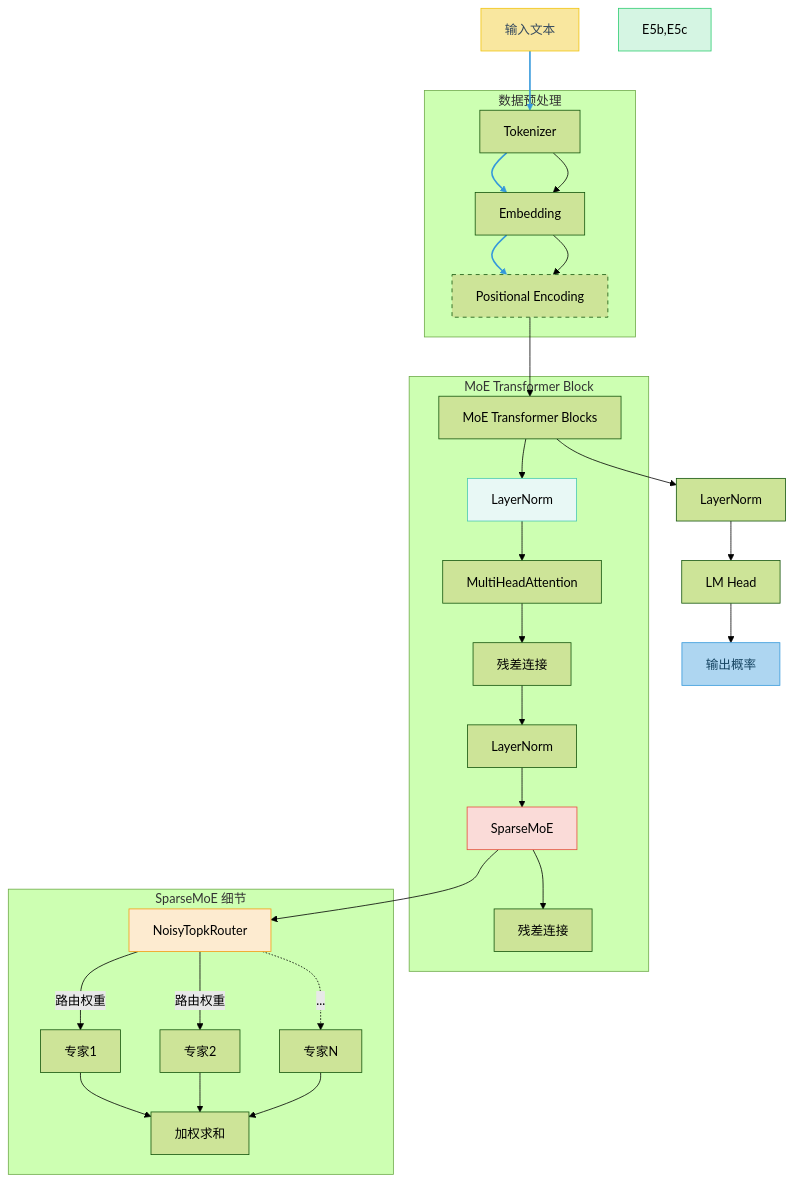
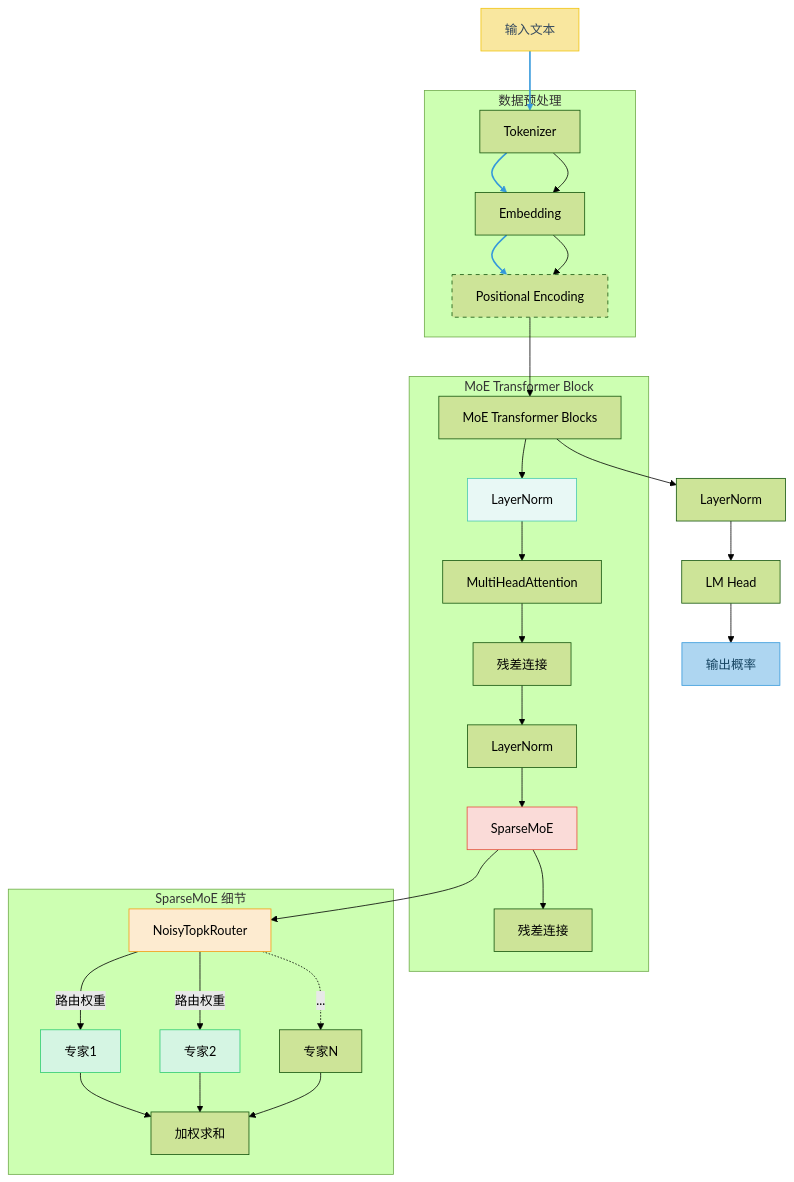
The diagram in all/未命名-2.md (runningto/iodraw-files), drawn with Mermaid (forest theme) before and after one commit.

Commit message:
2025-03-29 16:44:35 update

````diff
--- a/all/未命名-2.md
+++ b/all/未命名-2.md
@@ -1,47 +1,47 @@
 ```mermaid
 graph TD
     A[输入文本] --> B[Tokenizer]
     B --> C[Embedding]
     C --> D[Positional Encoding]
     D --> E[MoE Transformer Blocks]
     E --> F[LayerNorm]
     F --> G[LM Head]
     G --> H[输出概率]
 
     style A fill:#F9E79F,stroke:#F1C40F,color:#34495E
     style H fill:#AED6F1,stroke:#3498DB,color:#154360
 
     subgraph "数据预处理"
         B --> C
         C --> D
         style D stroke-dasharray: 5 5
     end
 
     subgraph "MoE Transformer Block"
         E --> E1[LayerNorm]
         E1 --> E2[MultiHeadAttention]
         E2 --> E3[残差连接]
         E3 --> E4[LayerNorm]
         E4 --> E5[SparseMoE]
         E5 --> E6[残差连接]
         style E1 fill:#E8F8F5,stroke:#48C9B0
         style E5 fill:#FADBD8,stroke:#E74C3C
     end
 
     subgraph "SparseMoE 细节"
         E5 --> E5a[NoisyTopkRouter]
         E5a -->|路由权重| E5b[专家1]
         E5a -->|路由权重| E5c[专家2]
         E5a -.->|...| E5d[专家N]
         E5b --> E5e[加权求和]
         E5c --> E5e
         E5d --> E5e
         style E5a fill:#FDEBD0,stroke:#F39C12
-        style E5b,E5c fill:#D5F5E3,stroke:#2ECC71
-        style E5b,E5c fill:#D5F5E3,stroke:#2ECC71
+        style E5b fill:#D5F5E3,stroke:#2ECC71
+        style E5c fill:#D5F5E3,stroke:#2ECC71
         linkStyle 0,1,2 stroke:#3498DB,stroke-width:2px
     end
 
     click E2 "https://pytorch.org/docs/stable/nn.html#multiheadattention" "PyTorch文档"
     click E5 "javascript:alert('专家数:8\\nTop-K:2')" "MoE参数"
 ```
````
